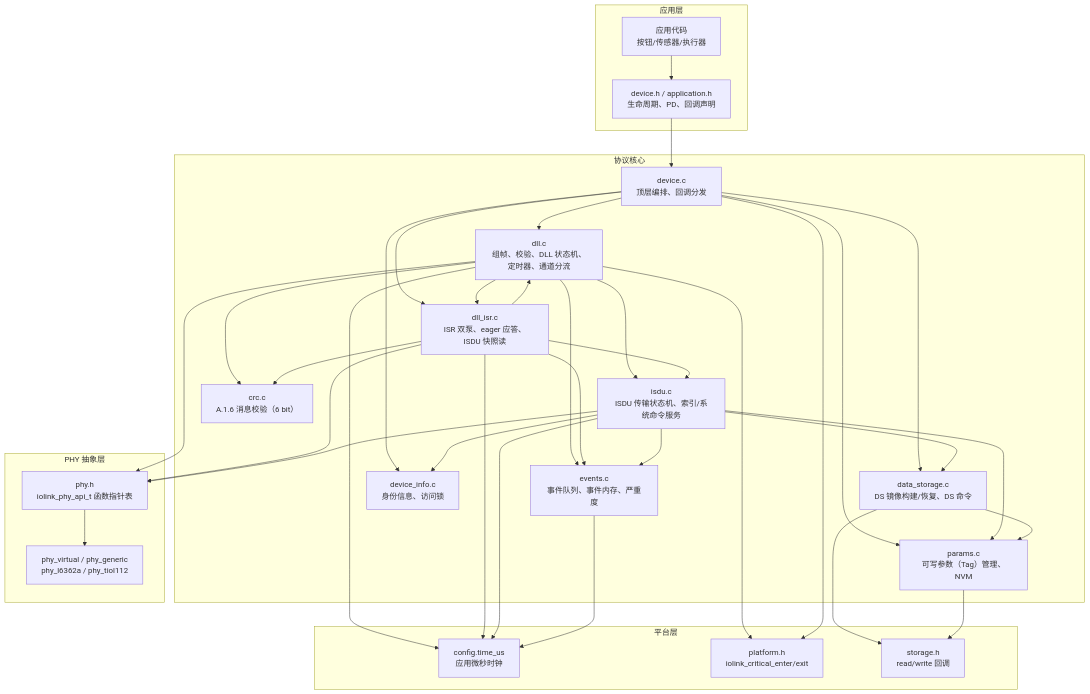
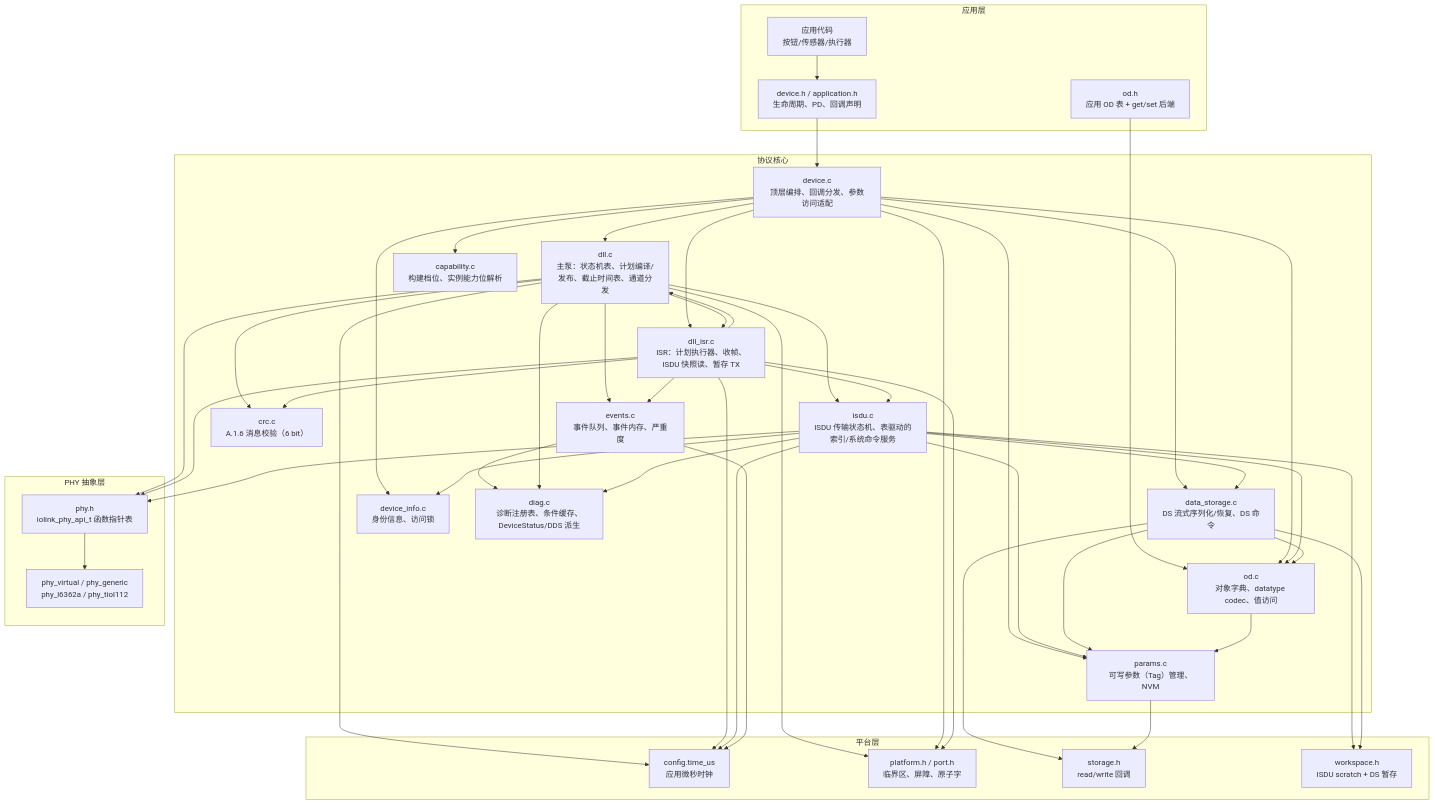
The first of 16 diagrams in docs/CODE_FLOW.md (Adlyq/iolinki), drawn with Mermaid before and after one commit. The commit also changed other lines of this file and 7 other files, not shown here.

First line of the commit message:
docs: sync the API, architecture and flow docs with the post-CR code

````diff
--- a/docs/CODE_FLOW.md
+++ b/docs/CODE_FLOW.md
@@ -49,63 +50,79 @@
 ```mermaid
 flowchart TB
     subgraph APP["应用层"]
         A1["应用代码<br/>按钮/传感器/执行器"]
         A2["device.h / application.h<br/>生命周期、PD、回调声明"]
+        A3["od.h<br/>应用 OD 表 + get/set 后端"]
     end
 
     subgraph CORE["协议核心"]
-        D1["device.c<br/>顶层编排、回调分发"]
-        D2["dll.c<br/>组帧、校验、DLL 状态机、定时器、通道分流"]
-        D2I["dll_isr.c<br/>ISR 双泵、eager 应答、ISDU 快照读"]
-        D3["isdu.c<br/>ISDU 传输状态机、索引/系统命令服务"]
-        D4["data_storage.c<br/>DS 镜像构建/恢复、DS 命令"]
+        D1["device.c<br/>顶层编排、回调分发、参数访问适配"]
+        D2["dll.c<br/>主泵：状态机表、计划编译/发布、截止时间表、通道分发"]
+        D2I["dll_isr.c<br/>ISR：计划执行器、收帧、ISDU 快照读、暂存 TX"]
+        D3["isdu.c<br/>ISDU 传输状态机、表驱动的索引/系统命令服务"]
+        D4["data_storage.c<br/>DS 流式序列化/恢复、DS 命令"]
         D5["params.c<br/>可写参数（Tag）管理、NVM"]
         D6["device_info.c<br/>身份信息、访问锁"]
         D7["events.c<br/>事件队列、事件内存、严重度"]
-        D8["crc.c<br/>A.1.6 消息校验（6 bit）"]
+        D8["diag.c<br/>诊断注册表、条件缓存、DeviceStatus/DDS 派生"]
+        D9["od.c<br/>对象字典、datatype codec、值访问"]
+        D10["capability.c<br/>构建档位、实例能力位解析"]
+        D11["crc.c<br/>A.1.6 消息校验（6 bit）"]
     end
 
     subgraph PHY["PHY 抽象层"]
         P1["phy.h<br/>iolink_phy_api_t 函数指针表"]
         P2["phy_virtual / phy_generic<br/>phy_l6362a / phy_tiol112"]
     end
 
     subgraph PLAT["平台层"]
         T1["config.time_us<br/>应用微秒时钟"]
-        T2["platform.h<br/>iolink_critical_enter/exit"]
+        T2["platform.h / port.h<br/>临界区、屏障、原子字"]
         S1["storage.h<br/>read/write 回调"]
+        W1["workspace.h<br/>ISDU scratch + DS 暂存"]
     end
 
     A1 --> A2
     A2 --> D1
+    A3 --> D9
     D1 --> D2
     D1 --> D2I
+    D1 --> D9
+    D1 --> D10
     D2 --> D2I
     D2I --> D2
     D1 --> D5
     D1 --> D6
     D1 --> D4
     D2 --> D3
     D2I --> D3
     D2 --> D7
     D2I --> D7
+    D7 --> D8
     D2 --> D8
-    D2I --> D8
+    D2 --> D11
+    D2I --> D11
+    D3 --> D9
     D3 --> D5
     D3 --> D6
     D3 --> D4
-    D3 --> D7
+    D3 --> D8
+    D3 --> W1
+    D4 --> D9
     D4 --> D5
     D4 --> S1
+    D4 --> W1
     D5 --> S1
+    D9 --> D5
     D2 --> P1
     D2I --> P1
     D3 --> P1
     P1 --> P2
     D2 --> T1
     D2I --> T1
     D3 --> T1
     D7 --> T1
     D2 --> T2
     D1 --> T2
+    D2I --> T2
 ```
````
